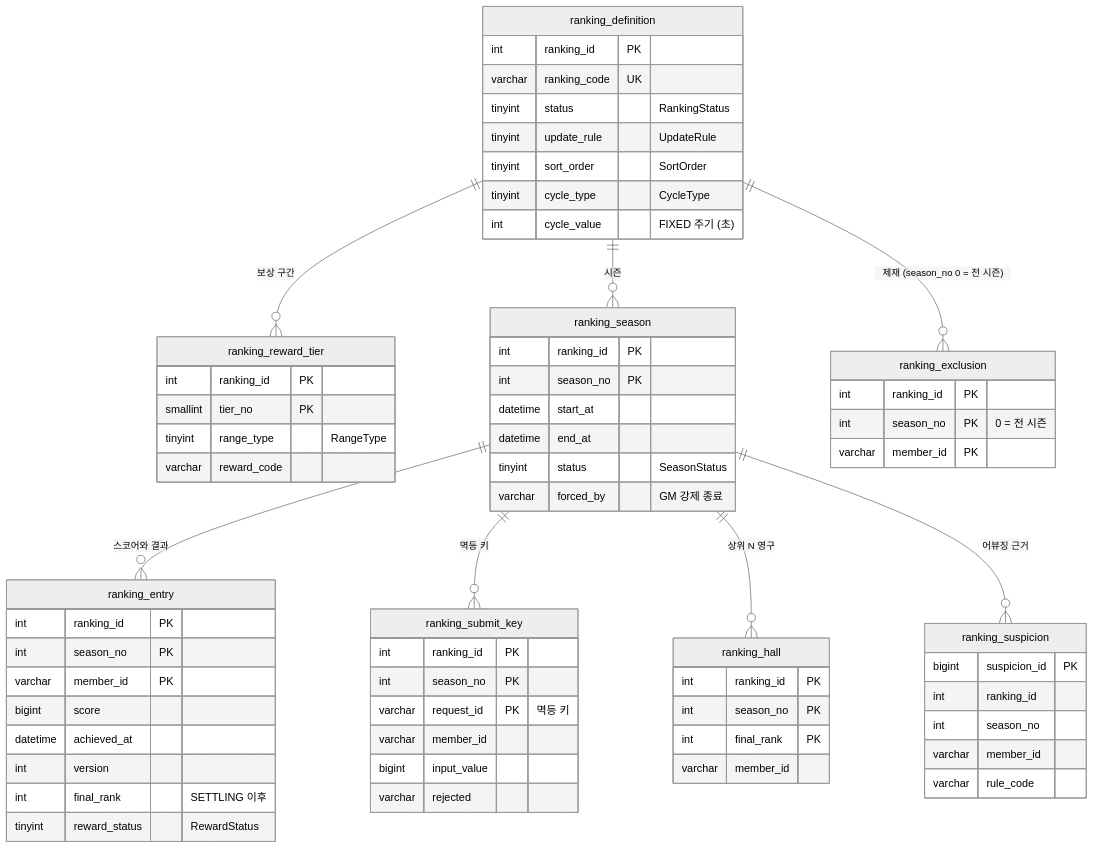
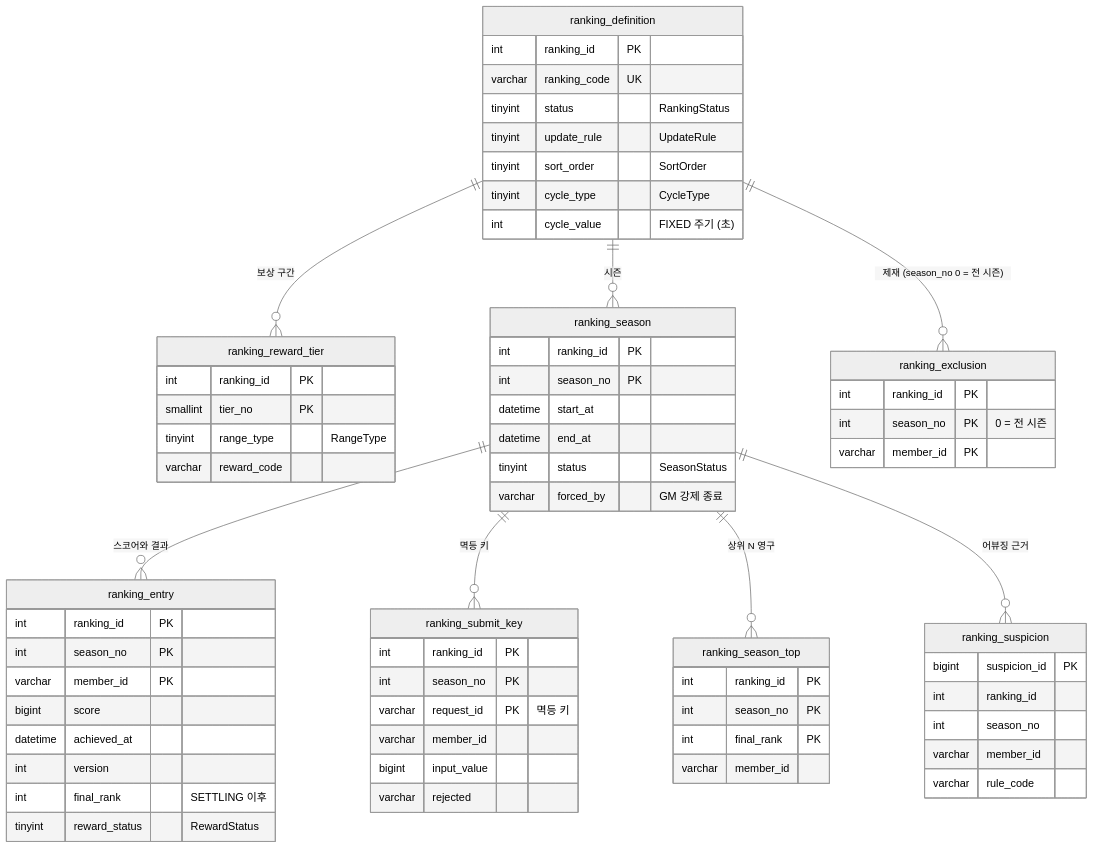
Before and after one commit to trisakion0500/podium-de: the first of 6 diagrams in docs/04_SCHEMA.md, drawn with Mermaid (neutral theme). The commit also changed other lines of this file and 13 other files, not shown here.

````diff
--- a/docs/04_SCHEMA.md
+++ b/docs/04_SCHEMA.md
@@ -55,70 +56,70 @@
 ```mermaid
 erDiagram
     ranking_definition ||--o{ ranking_reward_tier : "보상 구간"
     ranking_definition ||--o{ ranking_season : "시즌"
     ranking_definition ||--o{ ranking_exclusion : "제재 (season_no 0 = 전 시즌)"
     ranking_season ||--o{ ranking_entry : "스코어와 결과"
     ranking_season ||--o{ ranking_submit_key : "멱등 키"
-    ranking_season ||--o{ ranking_hall : "상위 N 영구"
+    ranking_season ||--o{ ranking_season_top : "상위 N 영구"
     ranking_season ||--o{ ranking_suspicion : "어뷰징 근거"
 
     ranking_definition {
         int ranking_id PK
         varchar ranking_code UK
         tinyint status "RankingStatus"
         tinyint update_rule "UpdateRule"
         tinyint sort_order "SortOrder"
         tinyint cycle_type "CycleType"
         int cycle_value "FIXED 주기 (초)"
     }
     ranking_reward_tier {
         int ranking_id PK
         smallint tier_no PK
         tinyint range_type "RangeType"
         varchar reward_code
     }
     ranking_season {
         int ranking_id PK
         int season_no PK
         datetime start_at
         datetime end_at
         tinyint status "SeasonStatus"
         varchar forced_by "GM 강제 종료"
     }
     ranking_entry {
         int ranking_id PK
         int season_no PK
         varchar member_id PK
         bigint score
         datetime achieved_at
         int version
         int final_rank "SETTLING 이후"
         tinyint reward_status "RewardStatus"
     }
     ranking_submit_key {
         int ranking_id PK
         int season_no PK
         varchar request_id PK "멱등 키"
         varchar member_id
         bigint input_value
         varchar rejected
     }
-    ranking_hall {
+    ranking_season_top {
         int ranking_id PK
         int season_no PK
         int final_rank PK
         varchar member_id
     }
     ranking_exclusion {
         int ranking_id PK
         int season_no PK "0 = 전 시즌"
         varchar member_id PK
     }
     ranking_suspicion {
         bigint suspicion_id PK
         int ranking_id
         int season_no
         varchar member_id
         varchar rule_code
     }
 ```
````
